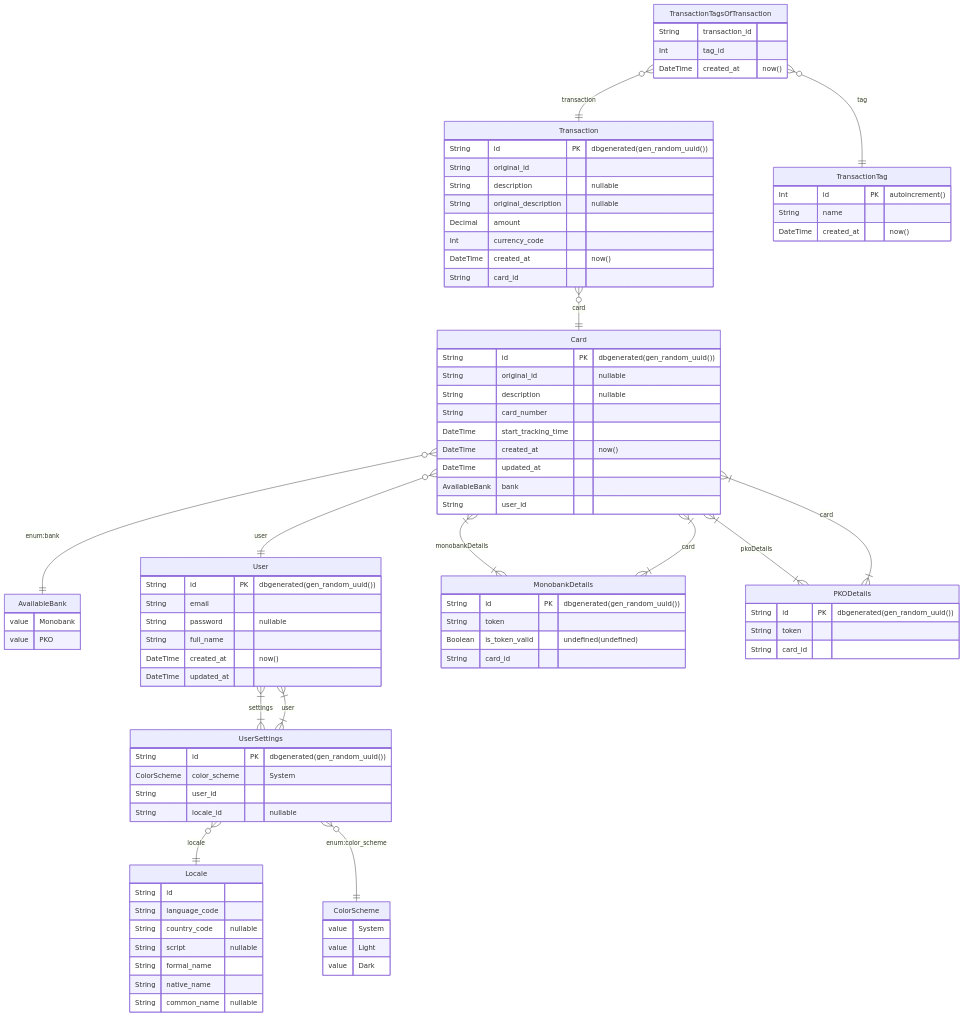
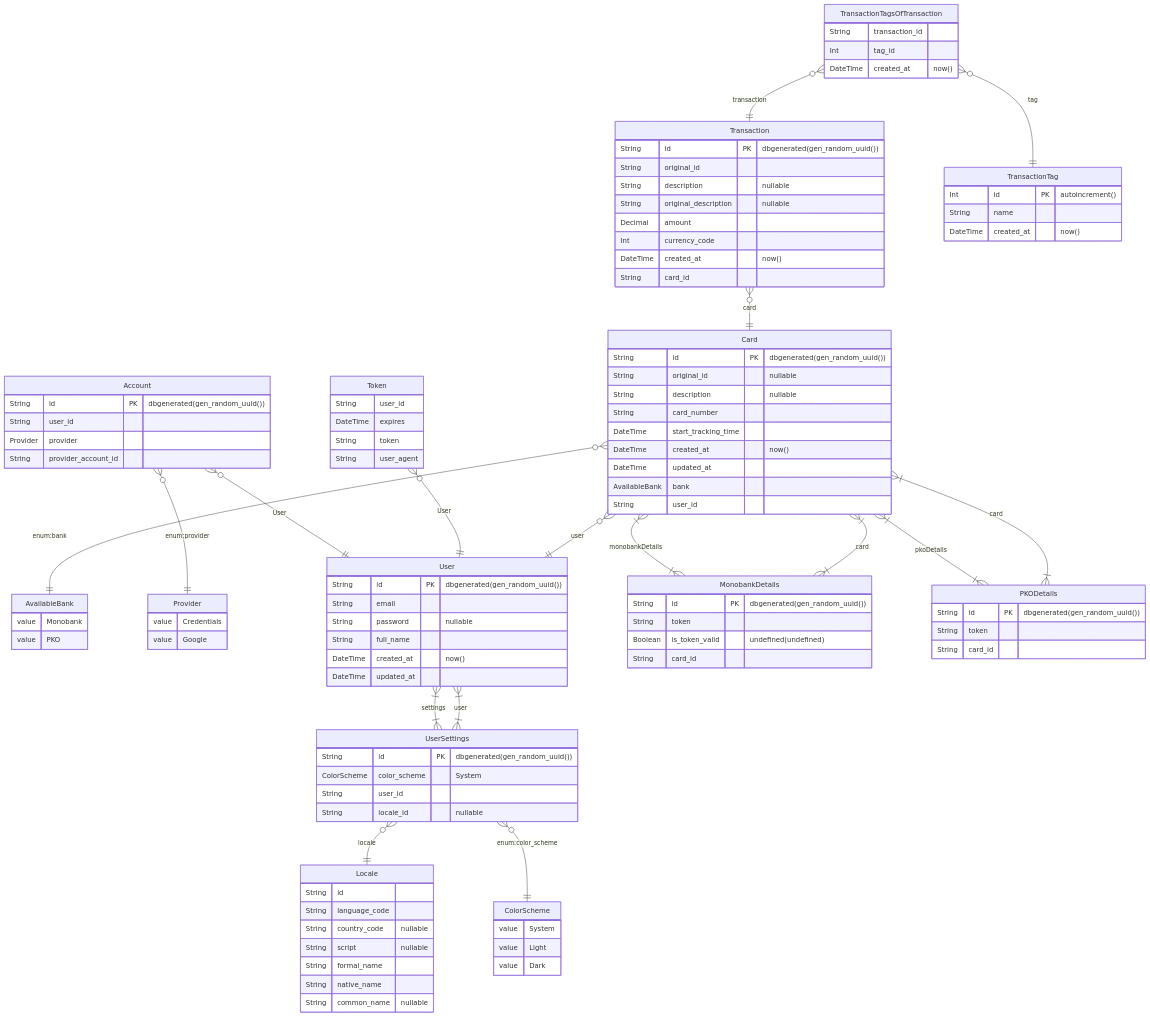
The diagram in src/shared/prisma/ERD.md (quinsberry/budget-tracking-app), drawn with Mermaid before and after one commit. The commit also changed 18 other files, not shown here.

```diff
--- a/src/shared/prisma/ERD.md
+++ b/src/shared/prisma/ERD.md
@@ -9,6 +9,10 @@
 		value Monobank
 		value PKO
 	}
+	Provider {
+		value Credentials
+		value Google
+	}
 	User {
 		String id PK  "dbgenerated(gen_random_uuid())"
 		String email
@@ -16,6 +20,18 @@
 		String full_name
 		DateTime created_at  "now()"
 		DateTime updated_at
+	}
+	Account {
+		String id PK  "dbgenerated(gen_random_uuid())"
+		String user_id
+		Provider provider
+		String provider_account_id
+	}
+	Token {
+		String user_id
+		DateTime expires
+		String token
+		String user_agent
 	}
 	UserSettings {
 		String id PK  "dbgenerated(gen_random_uuid())"
@@ -75,6 +91,9 @@
 		DateTime created_at  "now()"
 	}
 	User }|--|{ UserSettings : settings
+	Account }o--|| User : User
+	Account }o--|| Provider : "enum:provider"
+	Token }o--|| User : User
 	UserSettings }|--|{ User : user
 	UserSettings }o--|| Locale : locale
 	UserSettings }o--|| ColorScheme : "enum:color_scheme"
```
